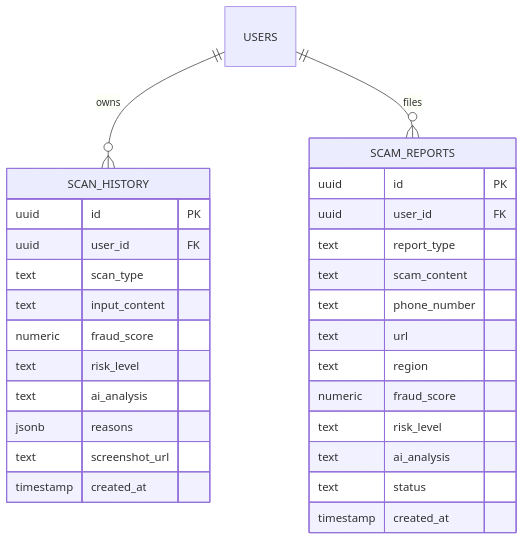
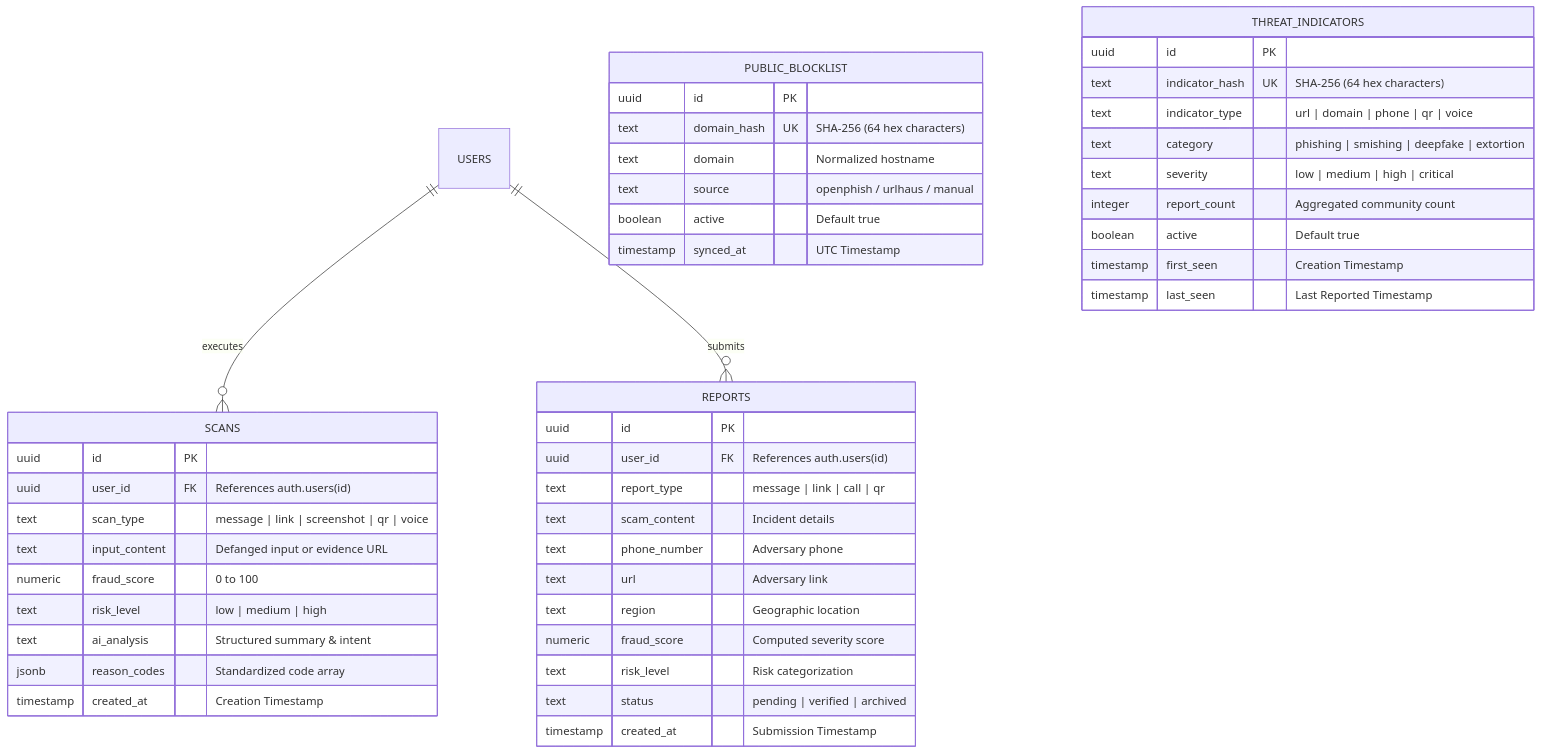
Before and after one commit to ImperialCoder01/GhostNet: the diagram in docs/DATABASE.md, drawn with Mermaid. The commit also changed other lines of this file and 18 other files, not shown here.

Commit message:
docs: comprehensive synchronization of all 19 repository documents with updated architecture, 8 security features, and live production details

````diff
--- a/docs/DATABASE.md
+++ b/docs/DATABASE.md
@@ -9,33 +9,52 @@
 ```mermaid
 erDiagram
-    USERS ||--o{ SCAN_HISTORY : owns
-    USERS ||--o{ SCAM_REPORTS : files
-    
-    SCAN_HISTORY {
+    USERS ||--o{ SCANS : executes
+    USERS ||--o{ REPORTS : submits
+
+    PUBLIC_BLOCKLIST {
         uuid id PK
-        uuid user_id FK
-        text scan_type
-        text input_content
-        numeric fraud_score
-        text risk_level
-        text ai_analysis
-        jsonb reasons
-        text screenshot_url
-        timestamp created_at
+        text domain_hash UK "SHA-256 (64 hex characters)"
+        text domain "Normalized hostname"
+        text source "openphish / urlhaus / manual"
+        boolean active "Default true"
+        timestamp synced_at "UTC Timestamp"
     }
 
-    SCAM_REPORTS {
+    THREAT_INDICATORS {
         uuid id PK
-        uuid user_id FK
-        text report_type
-        text scam_content
-        text phone_number
-        text url
-        text region
-        numeric fraud_score
-        text risk_level
-        text ai_analysis
-        text status
-        timestamp created_at
+        text indicator_hash UK "SHA-256 (64 hex characters)"
+        text indicator_type "url | domain | phone | qr | voice"
+        text category "phishing | smishing | deepfake | extortion"
+        text severity "low | medium | high | critical"
+        integer report_count "Aggregated community count"
+        boolean active "Default true"
+        timestamp first_seen "Creation Timestamp"
+        timestamp last_seen "Last Reported Timestamp"
+    }
+
+    SCANS {
+        uuid id PK
+        uuid user_id FK "References auth.users(id)"
+        text scan_type "message | link | screenshot | qr | voice"
+        text input_content "Defanged input or evidence URL"
+        numeric fraud_score "0 to 100"
+        text risk_level "low | medium | high"
+        text ai_analysis "Structured summary & intent"
+        jsonb reason_codes "Standardized code array"
+        timestamp created_at "Creation Timestamp"
+    }
+
+    REPORTS {
+        uuid id PK
+        uuid user_id FK "References auth.users(id)"
+        text report_type "message | link | call | qr"
+        text scam_content "Incident details"
+        text phone_number "Adversary phone"
+        text url "Adversary link"
+        text region "Geographic location"
+        numeric fraud_score "Computed severity score"
+        text risk_level "Risk categorization"
+        text status "pending | verified | archived"
+        timestamp created_at "Submission Timestamp"
     }
 ```
````
